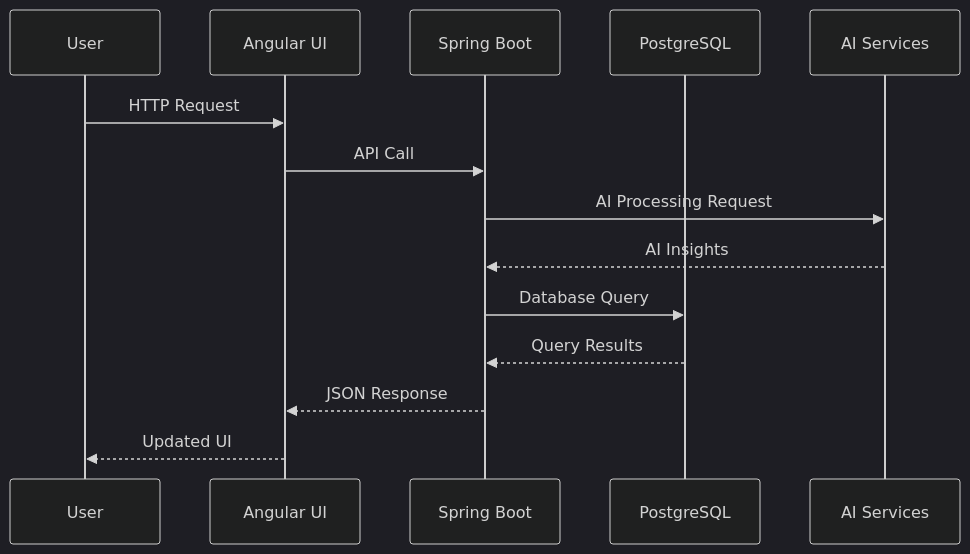
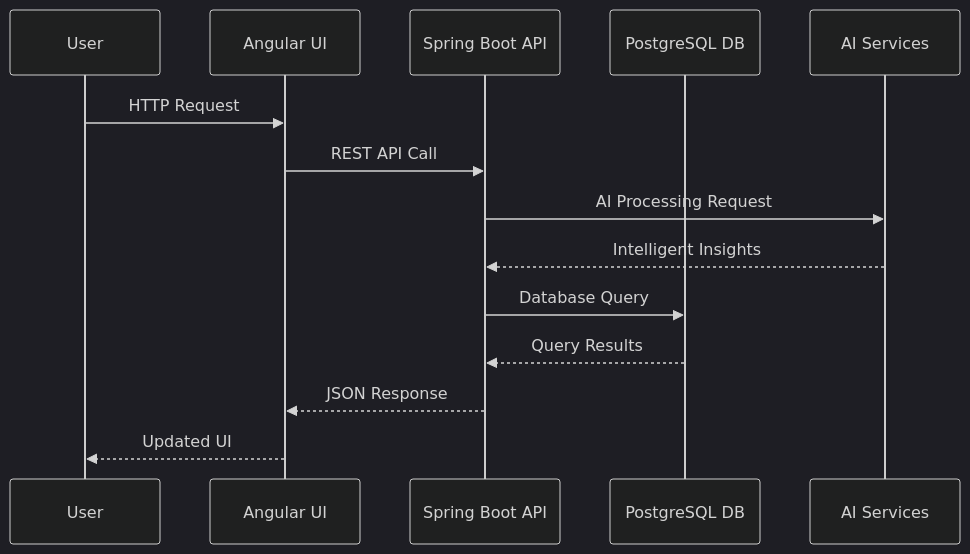
Before and after one commit to NahidAkhter/AI-Expense-Tracker: the second of 2 diagrams in README.md, drawn with Mermaid (dark theme). The commit also changed other lines of this file, not shown here.

````diff
--- a/README.md
+++ b/README.md
@@ -45,17 +36,17 @@
 ```mermaid
 sequenceDiagram
     participant U as User
     participant A as Angular UI
-    participant S as Spring Boot
-    participant D as PostgreSQL
+    participant S as Spring Boot API
+    participant D as PostgreSQL DB
     participant AI as AI Services
     
     U->>A: HTTP Request
-    A->>S: API Call
+    A->>S: REST API Call
     S->>AI: AI Processing Request
-    AI-->>S: AI Insights
+    AI-->>S: Intelligent Insights
     S->>D: Database Query
     D-->>S: Query Results
     S-->>A: JSON Response
     A-->>U: Updated UI
 ```
````
